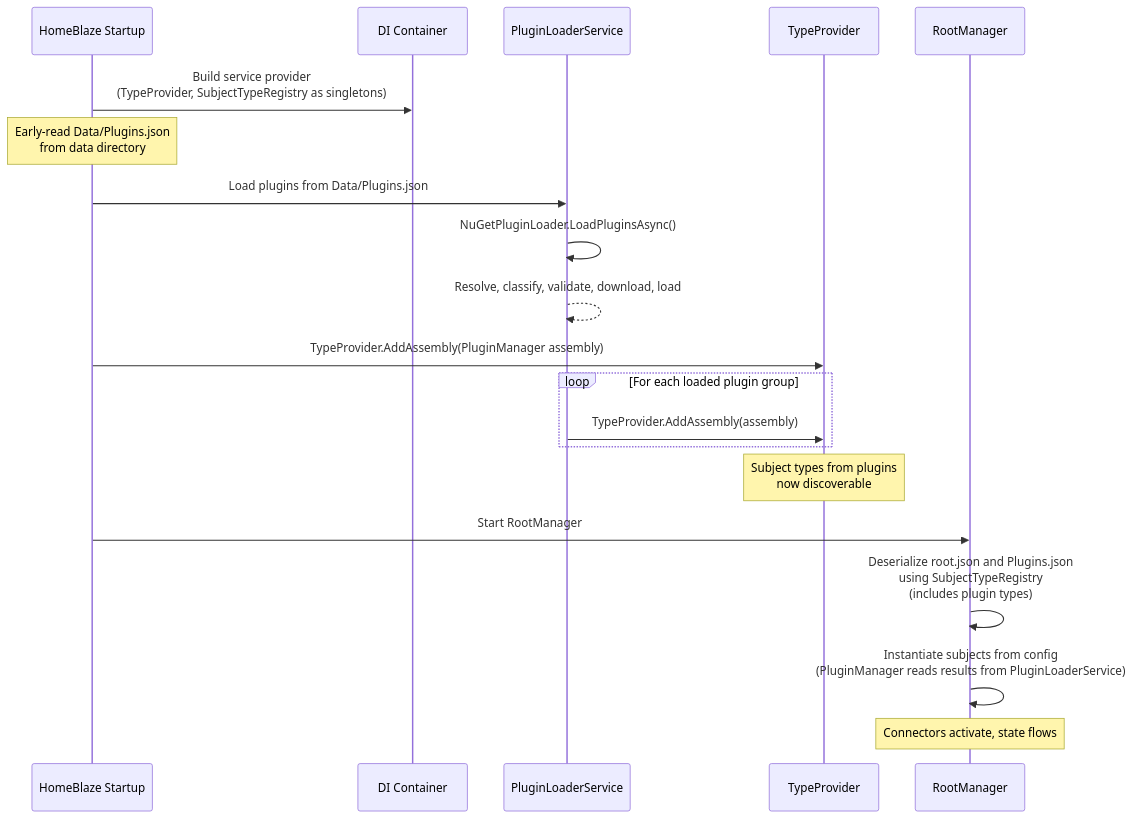
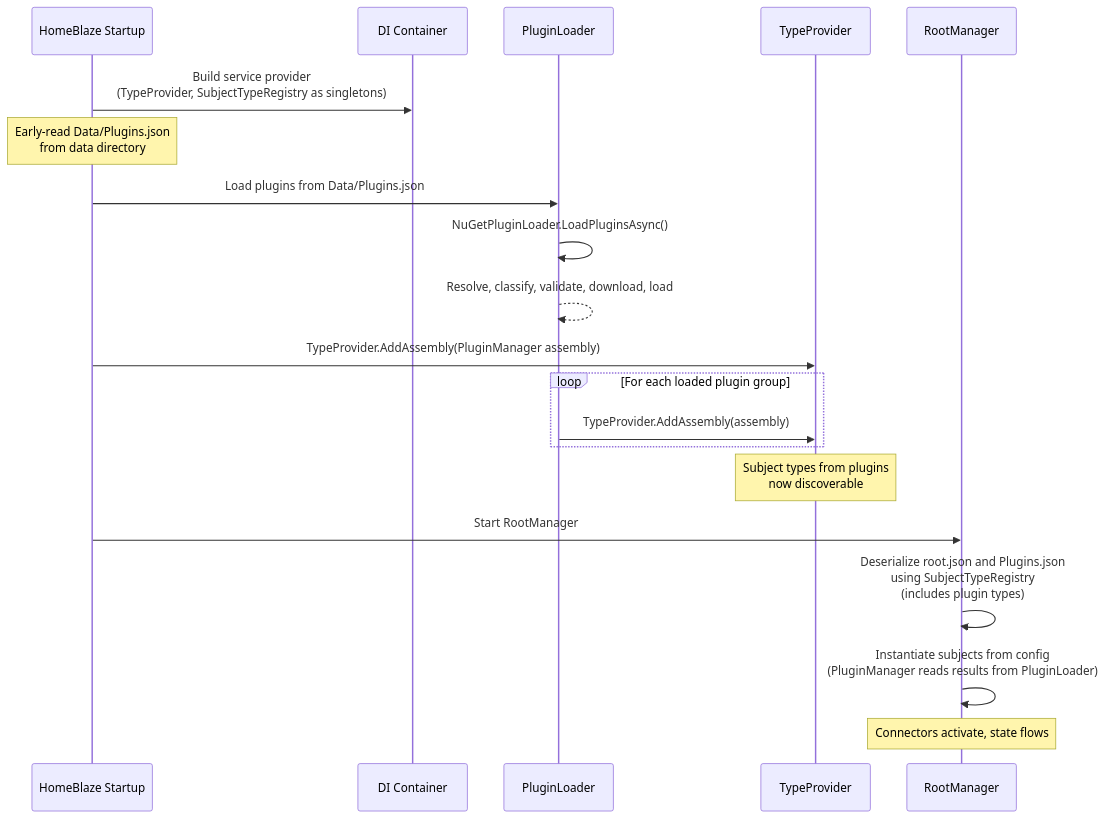
The second of 2 diagrams in src/HomeBlaze/HomeBlaze/Data/Docs/architecture/design/plugins.md (RicoSuter/Namotion.Interceptor), drawn with Mermaid before and after one commit. The commit also changed other lines of this file and 32 other files, not shown here.

````diff
--- a/src/HomeBlaze/HomeBlaze/Data/Docs/architecture/design/plugins.md
+++ b/src/HomeBlaze/HomeBlaze/Data/Docs/architecture/design/plugins.md
@@ -122,23 +122,23 @@
 ```mermaid
 sequenceDiagram
     participant App as HomeBlaze Startup
     participant DI as DI Container
-    participant PLS as PluginLoaderService
+    participant PLS as PluginLoader
     participant TP as TypeProvider
     participant RM as RootManager
 
     App->>DI: Build service provider<br/>(TypeProvider, SubjectTypeRegistry as singletons)
     Note over App: Early-read Data/Plugins.json<br/>from data directory
     App->>PLS: Load plugins from Data/Plugins.json
     PLS->>PLS: NuGetPluginLoader.LoadPluginsAsync()
     PLS-->>PLS: Resolve, classify, validate, download, load
     App->>TP: TypeProvider.AddAssembly(PluginManager assembly)
     loop For each loaded plugin group
         PLS->>TP: TypeProvider.AddAssembly(assembly)
     end
     Note over TP: Subject types from plugins<br/>now discoverable
     App->>RM: Start RootManager
     RM->>RM: Deserialize root.json and Plugins.json<br/>using SubjectTypeRegistry<br/>(includes plugin types)
-    RM->>RM: Instantiate subjects from config<br/>(PluginManager reads results from PluginLoaderService)
+    RM->>RM: Instantiate subjects from config<br/>(PluginManager reads results from PluginLoader)
     Note over RM: Connectors activate, state flows
 ```
````
